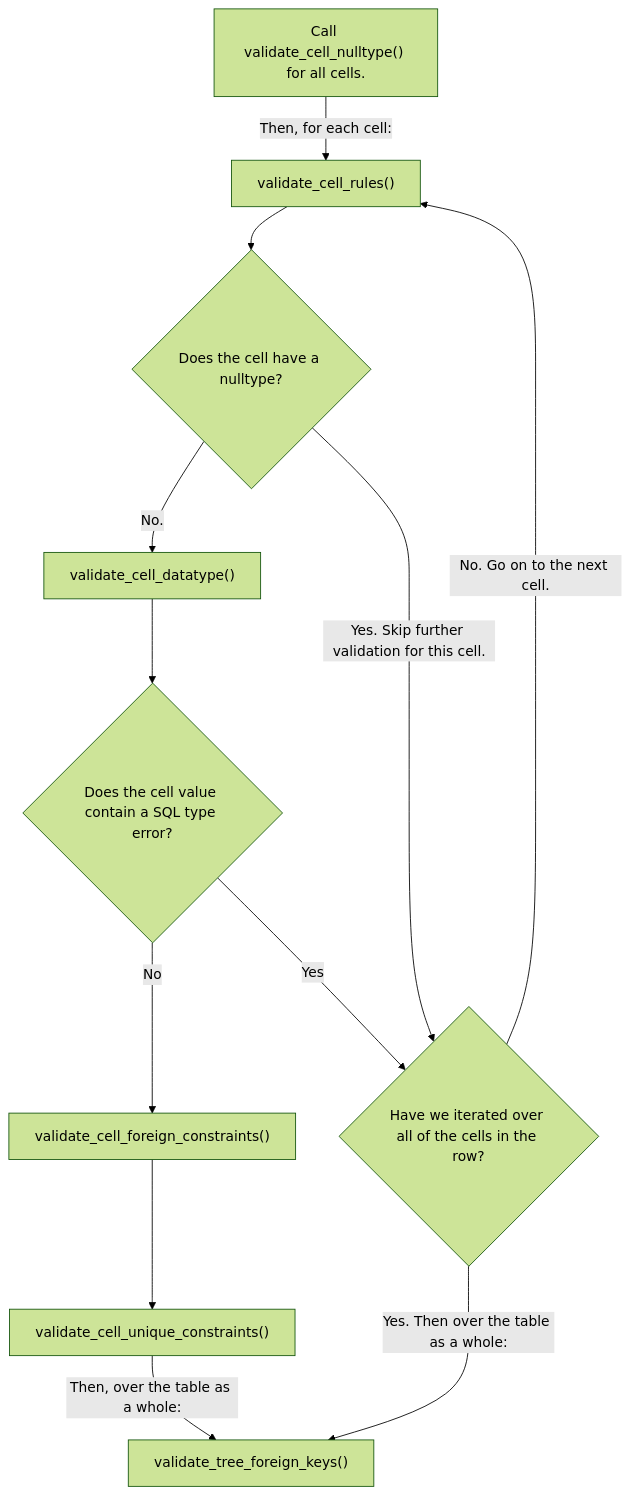
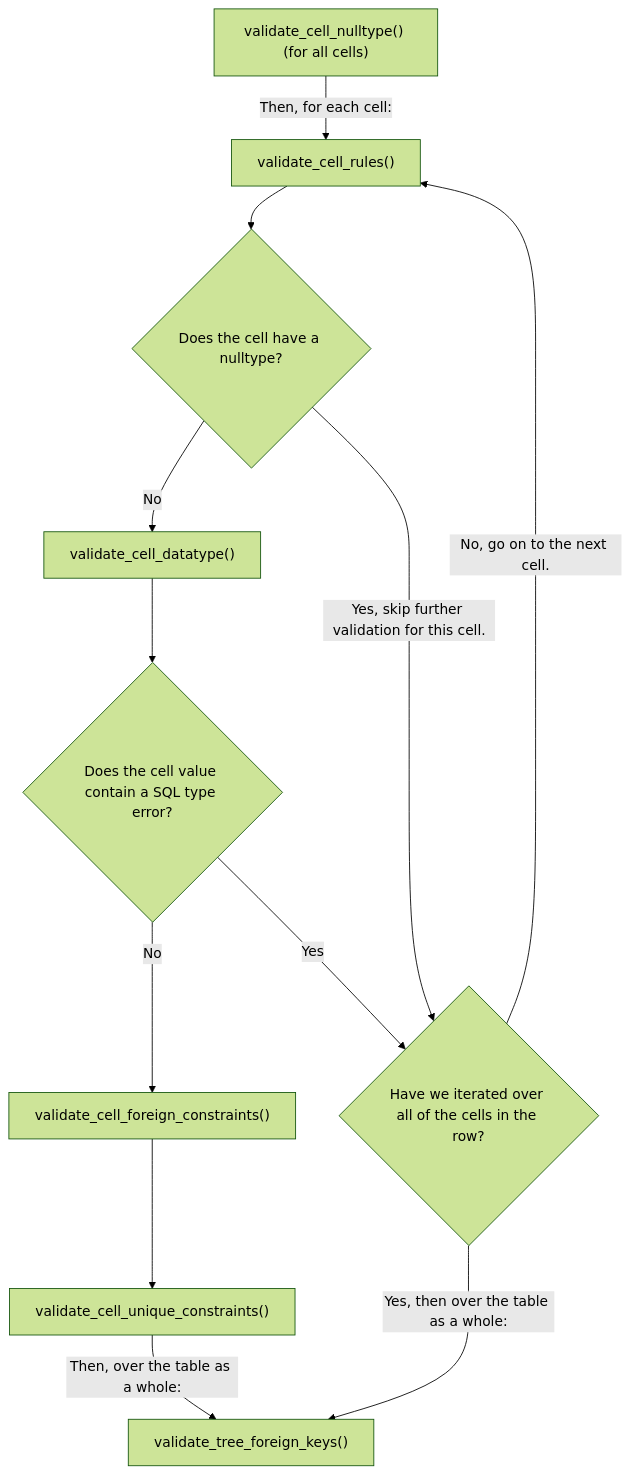
One commit to ontodev/valve.rs changed the diagram in README.md. Above: the diagram before and after it, drawn with Mermaid (forest theme).

Commit message:
tweak validation flowchart

````diff
--- a/README.md
+++ b/README.md
@@ -335,23 +335,23 @@
 ```mermaid
 flowchart TD
-    node1["Call validate_cell_nulltype() for all cells."]
+    node1["validate_cell_nulltype() (for all cells)"]
     node1 -- "Then, for each cell:" --> node2
     node2["validate_cell_rules()"]
     node2 --> modal1
     modal1{"Does the cell have a nulltype?"}
-    modal1 -- No. --> node3
-    modal1 -- Yes. Skip further validation for this cell. --> modal3
+    modal1 -- No --> node3
+    modal1 -- Yes, skip further validation for this cell. --> modal3
     node3["validate_cell_datatype()"]
     node3 --> modal2
     modal2{"Does the cell value contain a SQL type error?"}
     modal2 -- No --> node4
     modal2 -- Yes --> modal3
     node4["validate_cell_foreign_constraints()"]
     node4 --> node5
     node5["validate_cell_unique_constraints()"]
     node5 -- "Then, over the table as a whole:" --> node6
     modal3{"Have we iterated over all of the cells in the row?"}
-    modal3 -- Yes. Then over the table as a whole: --> node6
-    modal3 -- No. Go on to the next cell. --> node2
+    modal3 -- Yes, then over the table as a whole: --> node6
+    modal3 -- No, go on to the next cell. --> node2
     node6["validate_tree_foreign_keys()"]
 ```
````
